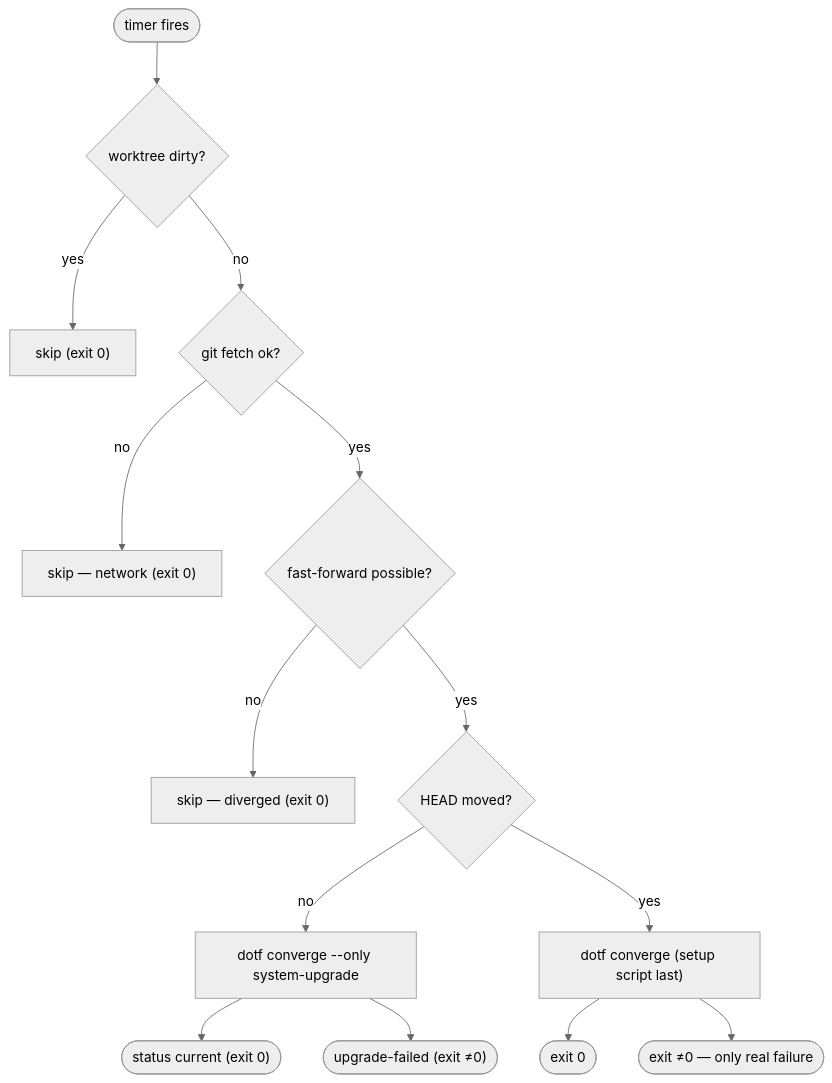
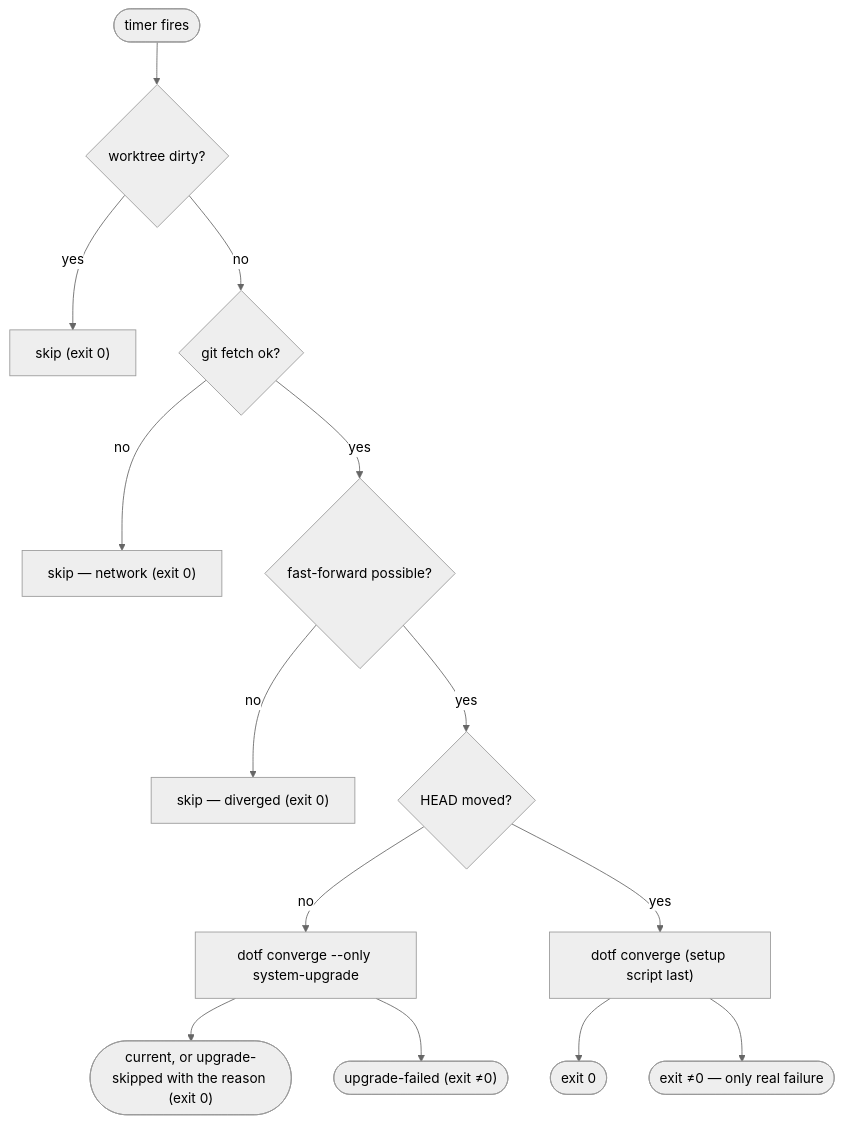
One commit to mlorentedev/dotfiles changed the diagram in docs/runbooks/guide-self-deploy-timer.md. Above: the diagram before and after it, drawn with Mermaid (neutral theme). The commit also changed other lines of this file and 9 other files, not shown here.

Commit message:
fix(update): record a skipped system-upgrade step as upgrade-skipped, not converged

````diff
--- a/docs/runbooks/guide-self-deploy-timer.md
+++ b/docs/runbooks/guide-self-deploy-timer.md
@@ -32,14 +33,14 @@
 ```mermaid
 flowchart TB
     T([timer fires]) --> D{worktree dirty?}
     D -- yes --> S1["skip (exit 0)"]
     D -- no --> F{git fetch ok?}
     F -- no --> S2["skip — network (exit 0)"]
     F -- yes --> FF{fast-forward possible?}
     FF -- no --> S3["skip — diverged (exit 0)"]
     FF -- yes --> M{HEAD moved?}
     M -- no --> UP["dotf converge --only system-upgrade"]
-    UP --> OK2(["status current (exit 0)"]) & UF(["upgrade-failed (exit ≠0)"])
+    UP --> OK2(["current, or upgrade-skipped with the reason (exit 0)"]) & UF(["upgrade-failed (exit ≠0)"])
     M -- yes --> SETUP["dotf converge (setup script last)"]
     SETUP --> OK([exit 0]) & ERR(["exit ≠0 — only real failure"])
 ```
````
